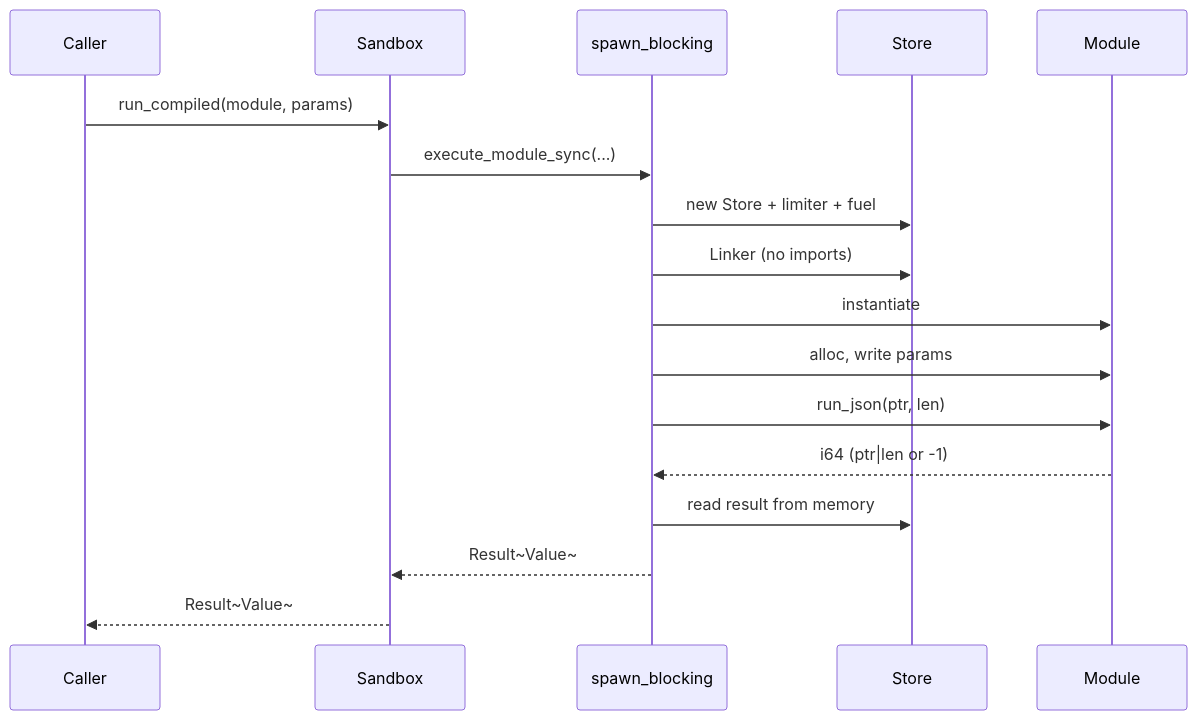
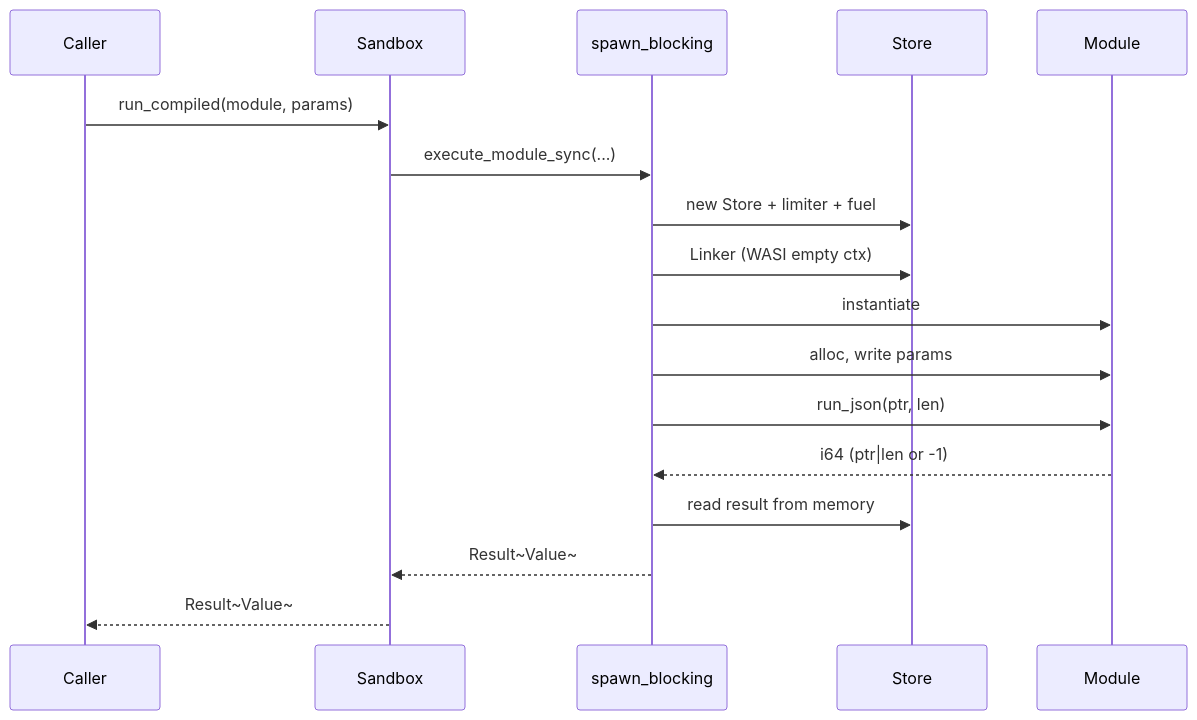
The fourth of 5 diagrams in documentation/architecture/05-runtime.md (Van-Nice/van-swarm), drawn with Mermaid before and after one commit. The commit also changed other lines of this file and 24 other files, not shown here.

````diff
--- a/documentation/architecture/05-runtime.md
+++ b/documentation/architecture/05-runtime.md
@@ -76,20 +76,20 @@
 ```mermaid
 sequenceDiagram
     participant Caller
     participant Sandbox
     participant spawn_blocking
     participant Store
     participant Module
 
     Caller->>Sandbox: run_compiled(module, params)
     Sandbox->>spawn_blocking: execute_module_sync(...)
     spawn_blocking->>Store: new Store + limiter + fuel
-    spawn_blocking->>Store: Linker (no imports)
+    spawn_blocking->>Store: Linker (WASI empty ctx)
     spawn_blocking->>Module: instantiate
     spawn_blocking->>Module: alloc, write params
     spawn_blocking->>Module: run_json(ptr, len)
     Module-->>spawn_blocking: i64 (ptr|len or -1)
     spawn_blocking->>Store: read result from memory
     spawn_blocking-->>Sandbox: Result~Value~
     Sandbox-->>Caller: Result~Value~
 ```
````
